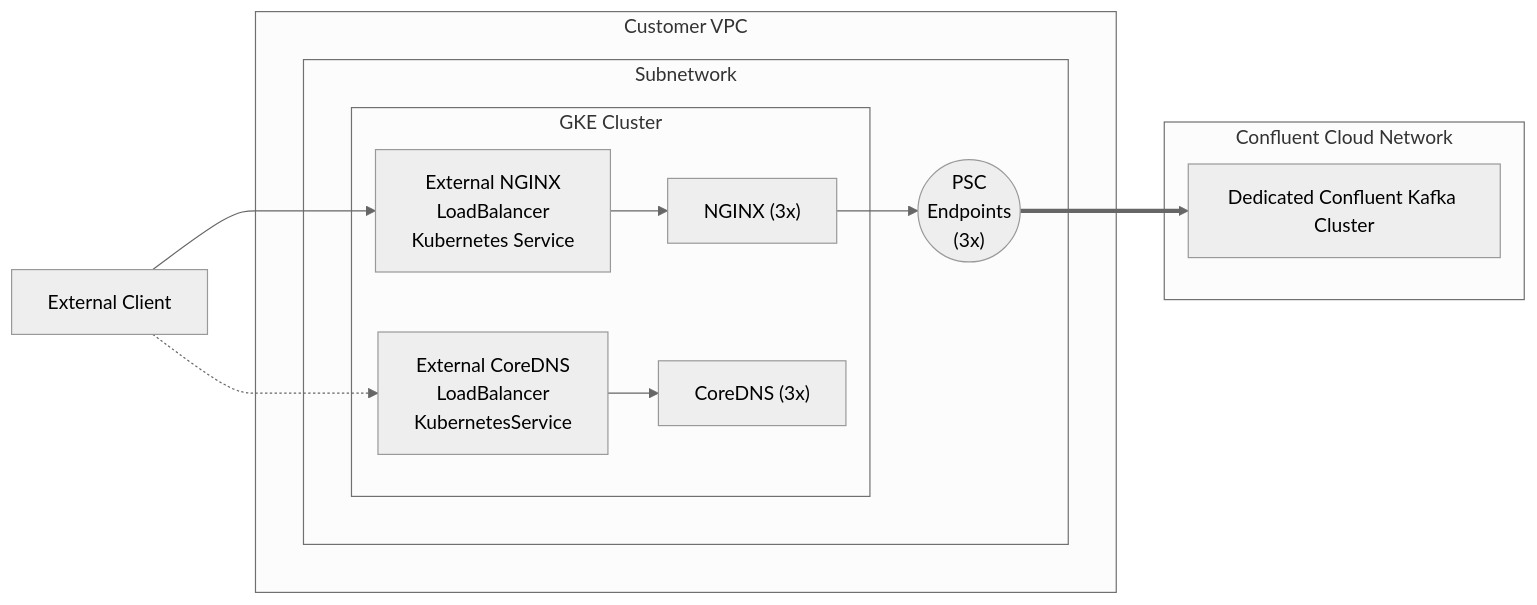
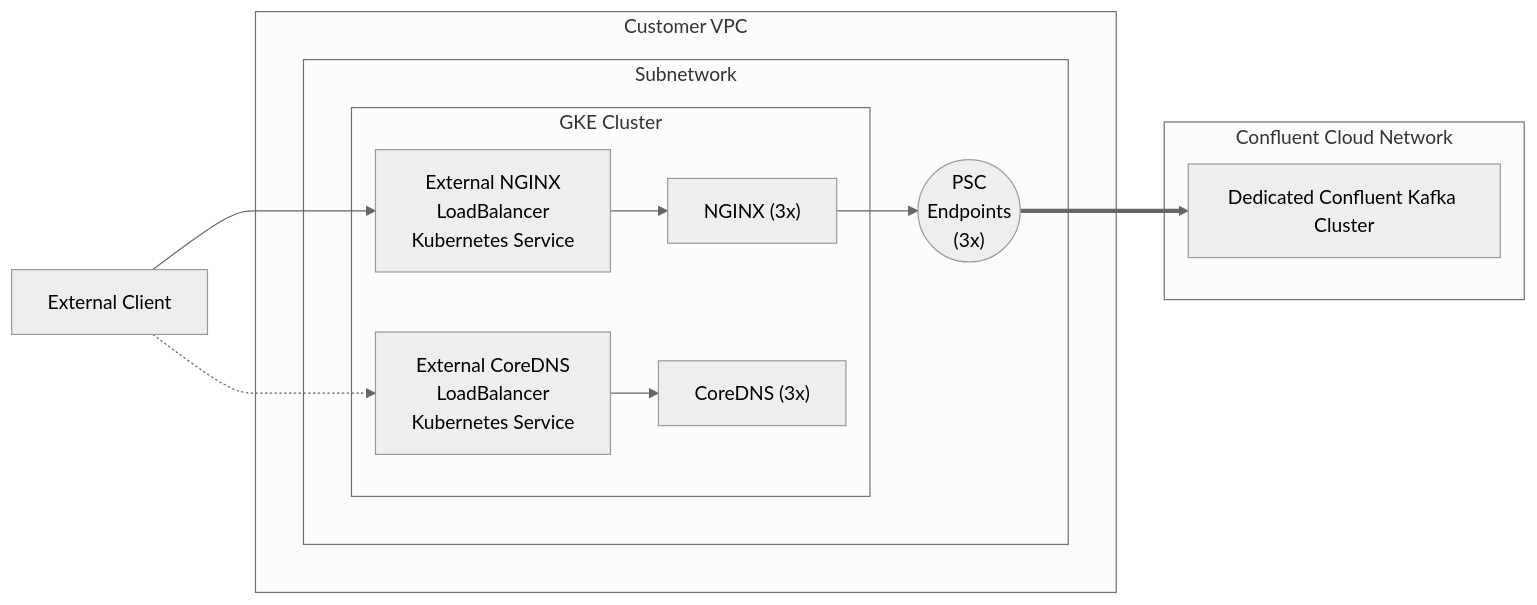
Before and after one commit to justinrlee/terraform-templates: the second of 4 diagrams in cloud-networking/gcp-psc/region_template/README.md, drawn with Mermaid.

````diff
--- a/cloud-networking/gcp-psc/region_template/README.md
+++ b/cloud-networking/gcp-psc/region_template/README.md
@@ -130,45 +130,45 @@
 ```mermaid
 %%{init: {"theme": "neutral", "logLevel": 1, "flowchart": {"rankSpacing": 40}}}%%
 flowchart LR
     K1[Dedicated Confluent Kafka Cluster]
     PSC1(("PSC\nEndpoints\n(3x)"))
     NGINX["NGINX (3x)"]
     GLB1["External NGINX\nLoadBalancer\nKubernetes Service"]
-    GLBDNS["External CoreDNS\nLoadBalancer\nKubernetesService"]
+    GLBDNS["External CoreDNS\nLoadBalancer\nKubernetes Service"]
     DNS["CoreDNS (3x)"]
 
     CLIENT["External Client"]
 
     subgraph CCN[Confluent Cloud Network]
         K1
     end
 
     classDef padding fill:none,stroke:none
 
     subgraph vpc[Customer VPC]
       subgraph pad1[ ]
         subgraph SN1[Subnetwork]
             subgraph pad2[ ]
               subgraph GKE1[GKE Cluster]
                 GLB1
                 NGINX
                 GLBDNS
                 DNS
               end
               PSC1
             end
         end
       end
     end
 
     class pad1,pad2,pad3 padding
     
     GLBDNS --> DNS
 
     GLB1 --> NGINX --> PSC1
 
     PSC1 ==> K1
 
     CLIENT -.-> GLBDNS
     CLIENT --> GLB1
 ```
````
